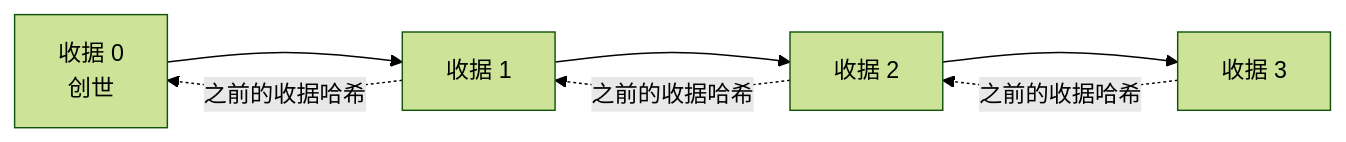
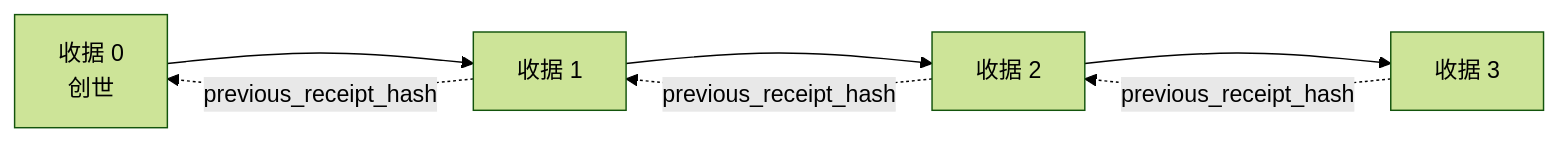
The second of 2 diagrams in mirrors/repos/microsoft@ai-agents-for-beginners/translations/zh-CN/18-securing-ai-agents/README.md (gabrielmoreira/agent-skills-mirror), drawn with Mermaid (forest theme) before and after one commit. The commit also changed other lines of this file and 2285 other files, not shown here.

````diff
--- a/mirrors/repos/microsoft@ai-agents-for-beginners/translations/zh-CN/18-securing-ai-agents/README.md
+++ b/mirrors/repos/microsoft@ai-agents-for-beginners/translations/zh-CN/18-securing-ai-agents/README.md
@@ -206,9 +206,9 @@
 ```mermaid
 flowchart LR
     R0[收据 0<br/>创世] --> R1[收据 1]
     R1 --> R2[收据 2]
     R2 --> R3[收据 3]
-    R1 -. 之前的收据哈希 .-> R0
-    R2 -. 之前的收据哈希 .-> R1
-    R3 -. 之前的收据哈希 .-> R2
+    R1 -. previous_receipt_hash .-> R0
+    R2 -. previous_receipt_hash .-> R1
+    R3 -. previous_receipt_hash .-> R2
 ```
````
